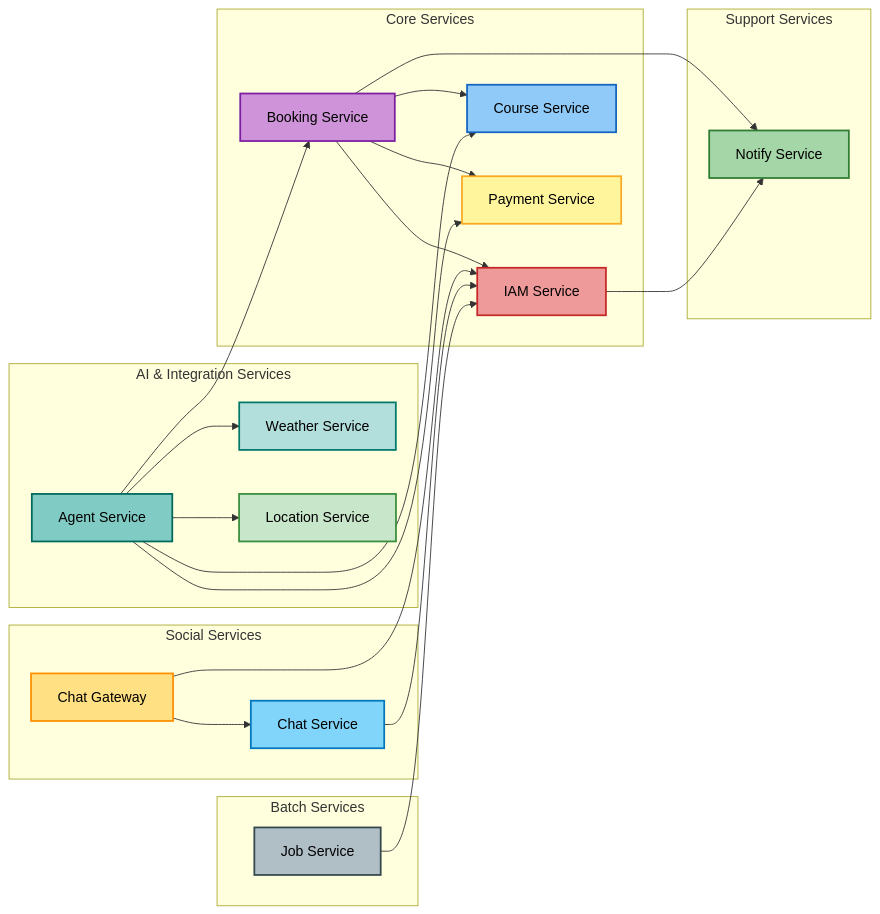
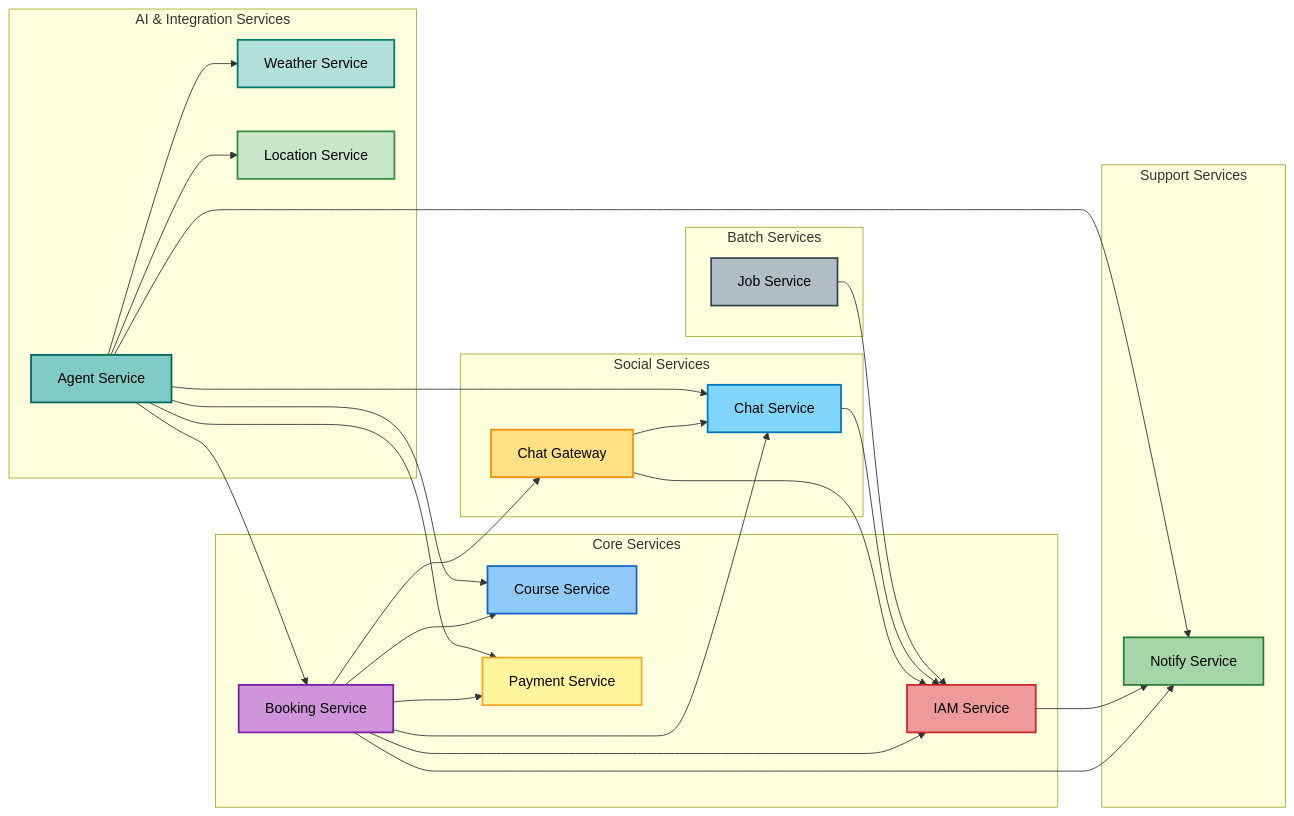
Before and after one commit to uniyous/parkgolf-platform: the second of 6 diagrams in docs/architecture/SYSTEM.md, drawn with Mermaid. The commit also changed other lines of this file and 6 other files, not shown here.

First line of the commit message:
docs: 아키텍처/워크플로우 문서 현행화 및 SECURITY.md 추가

````diff
--- a/docs/architecture/SYSTEM.md
+++ b/docs/architecture/SYSTEM.md
@@ -154,55 +154,59 @@
 ```mermaid
 graph LR
     subgraph "Core Services"
         IAM[IAM Service]
         COURSE[Course Service]
         BOOK[Booking Service]
         PAY[Payment Service]
     end
 
     subgraph "Social Services"
         CHAT[Chat Service]
         CHATGW[Chat Gateway]
     end
 
     subgraph "Support Services"
         NOTIFY[Notify Service]
     end
 
     subgraph "AI & Integration Services"
         AGENT[Agent Service]
         WEATHER[Weather Service]
         LOCATION[Location Service]
     end
 
     subgraph "Batch Services"
         JOB[Job Service]
     end
 
     BOOK --> IAM
     BOOK --> COURSE
     BOOK --> NOTIFY
     BOOK --> PAY
     IAM --> NOTIFY
     CHATGW --> CHAT
     CHATGW --> IAM
     CHAT --> IAM
     AGENT --> COURSE
     AGENT --> BOOK
     AGENT --> PAY
     AGENT --> WEATHER
     AGENT --> LOCATION
+    AGENT --> CHAT
+    AGENT --> NOTIFY
+    BOOK --> CHAT
+    BOOK --> CHATGW
     JOB --> IAM
 
     style IAM fill:#ef9a9a,stroke:#c62828,stroke-width:2px,color:#000
     style COURSE fill:#90caf9,stroke:#1565c0,stroke-width:2px,color:#000
     style BOOK fill:#ce93d8,stroke:#7b1fa2,stroke-width:2px,color:#000
     style PAY fill:#fff59d,stroke:#f9a825,stroke-width:2px,color:#000
     style NOTIFY fill:#a5d6a7,stroke:#2e7d32,stroke-width:2px,color:#000
     style CHAT fill:#81d4fa,stroke:#0277bd,stroke-width:2px,color:#000
     style CHATGW fill:#ffe082,stroke:#ff8f00,stroke-width:2px,color:#000
     style AGENT fill:#80cbc4,stroke:#00695c,stroke-width:2px,color:#000
     style WEATHER fill:#b2dfdb,stroke:#00796b,stroke-width:2px,color:#000
     style LOCATION fill:#c8e6c9,stroke:#388e3c,stroke-width:2px,color:#000
     style JOB fill:#b0bec5,stroke:#37474f,stroke-width:2px,color:#000
 ```
````
